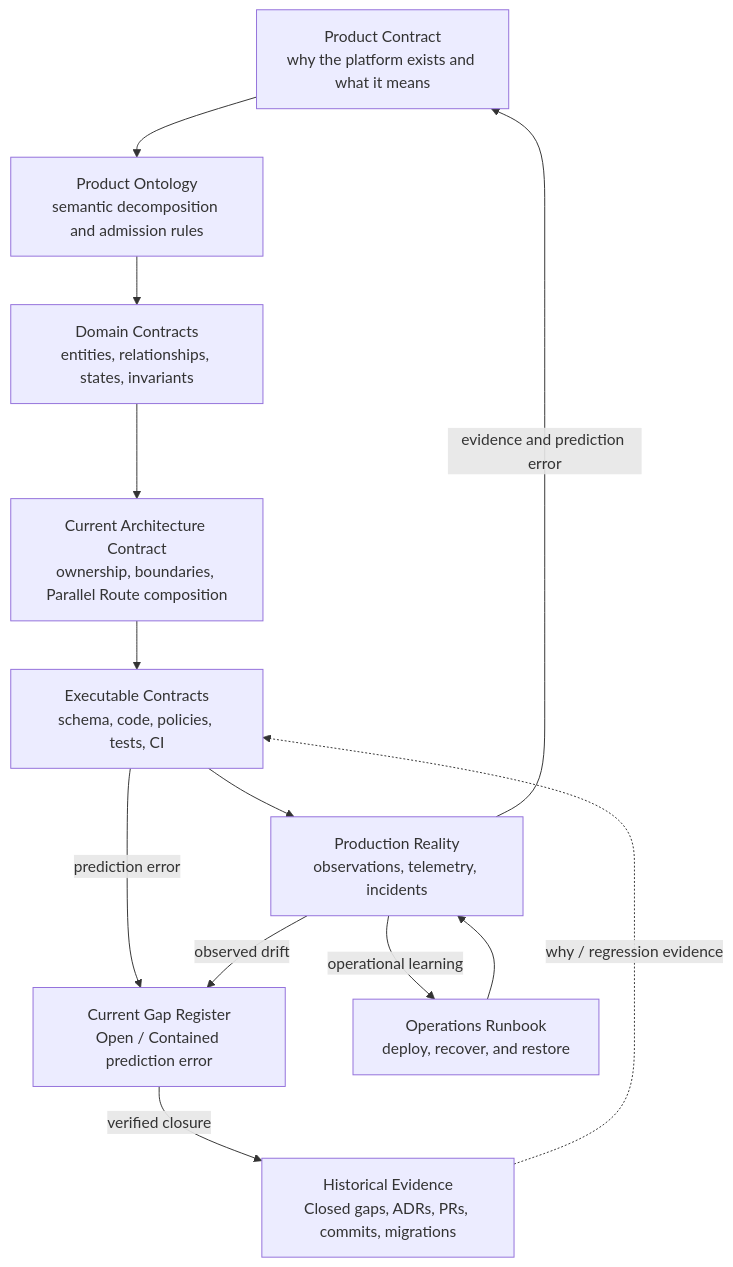
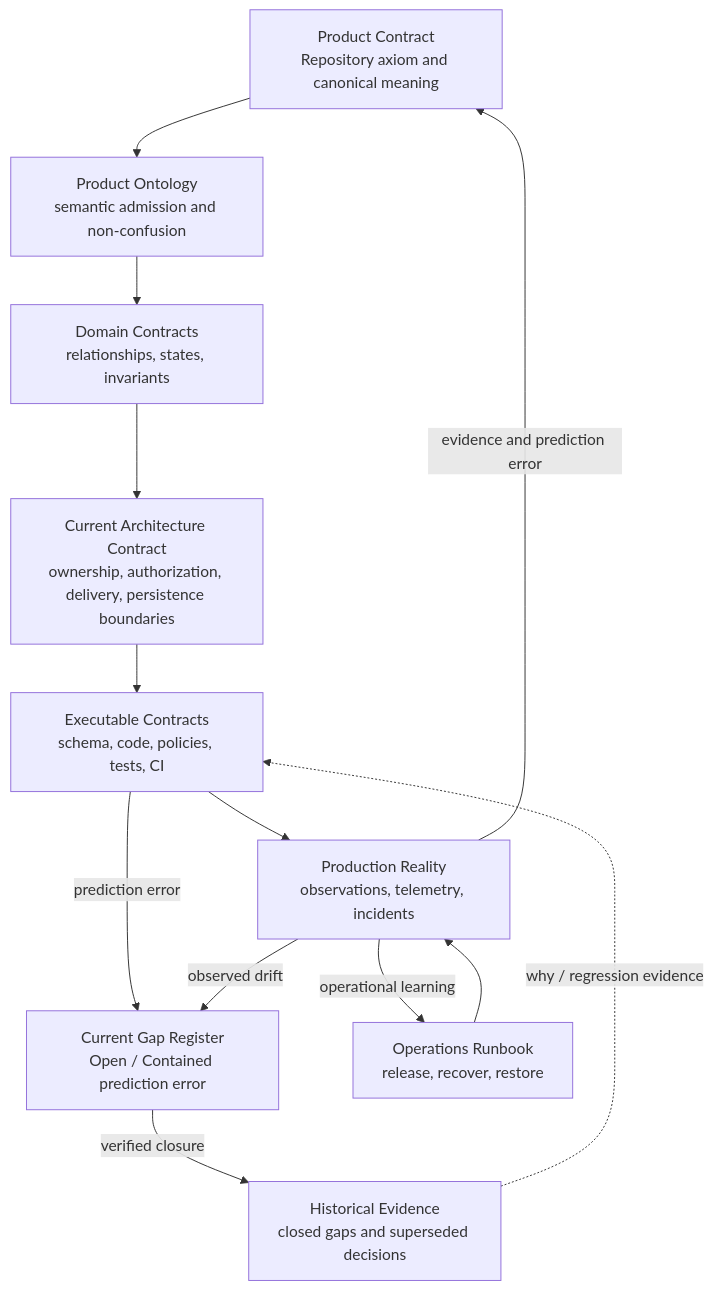
The diagram in docs/README.md (963sup/No-Code-Collaboration-Platform), drawn with Mermaid before and after one commit. The commit also changed other lines of this file, not shown here.

Commit message:
docs: align documentation router with canonical Repository architecture

````diff
--- a/docs/README.md
+++ b/docs/README.md
@@ -20,25 +20,25 @@
 ```mermaid
 flowchart TB
-  product["Product Contract<br/>why the platform exists and what it means"]
-  ontology["Product Ontology<br/>semantic decomposition and admission rules"]
-  domain["Domain Contracts<br/>entities, relationships, states, invariants"]
-  architecture["Current Architecture Contract<br/>ownership, boundaries, Parallel Route composition"]
+  product["Product Contract<br/>Repository axiom and canonical meaning"]
+  ontology["Product Ontology<br/>semantic admission and non-confusion"]
+  domain["Domain Contracts<br/>relationships, states, invariants"]
+  architecture["Current Architecture Contract<br/>ownership, authorization, delivery, persistence boundaries"]
   executable["Executable Contracts<br/>schema, code, policies, tests, CI"]
   production["Production Reality<br/>observations, telemetry, incidents"]
   gaps["Current Gap Register<br/>Open / Contained prediction error"]
-  history["Historical Evidence<br/>Closed gaps, ADRs, PRs, commits, migrations"]
-  runbook["Operations Runbook<br/>deploy, recover, and restore"]
+  history["Historical Evidence<br/>closed gaps and superseded decisions"]
+  runbook["Operations Runbook<br/>release, recover, restore"]
 
   product --> ontology
   ontology --> domain
   domain --> architecture
   architecture --> executable
   executable --> production
   executable -->|"prediction error"| gaps
   production -->|"observed drift"| gaps
   gaps -->|"verified closure"| history
   history -.->|"why / regression evidence"| executable
   production -->|"evidence and prediction error"| product
   runbook --> production
   production -->|"operational learning"| runbook
 ```
````
